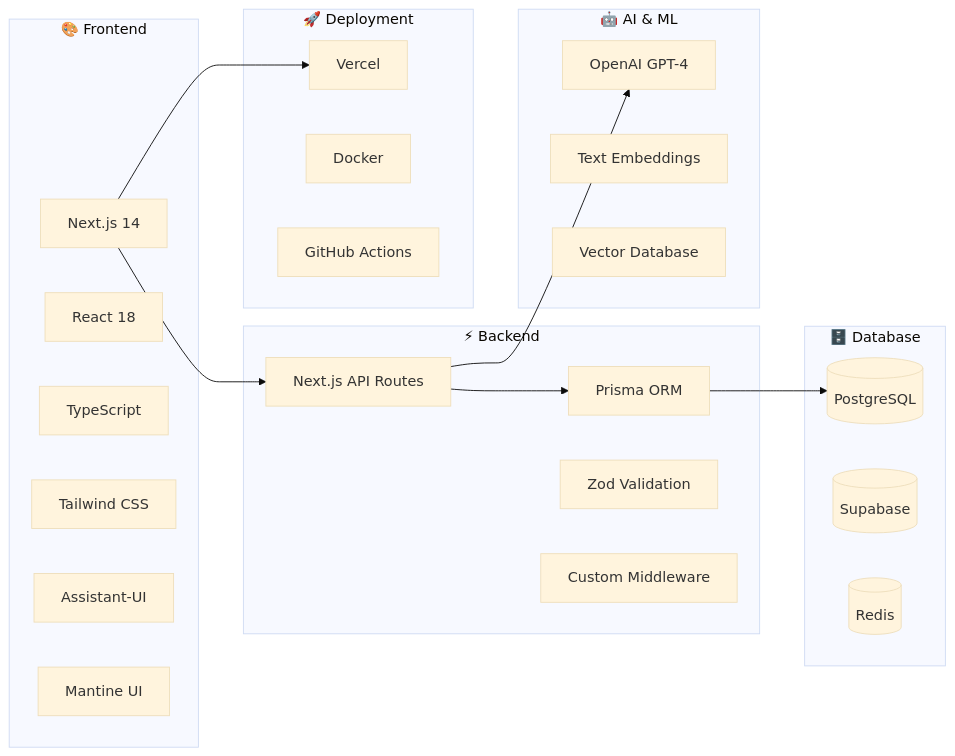
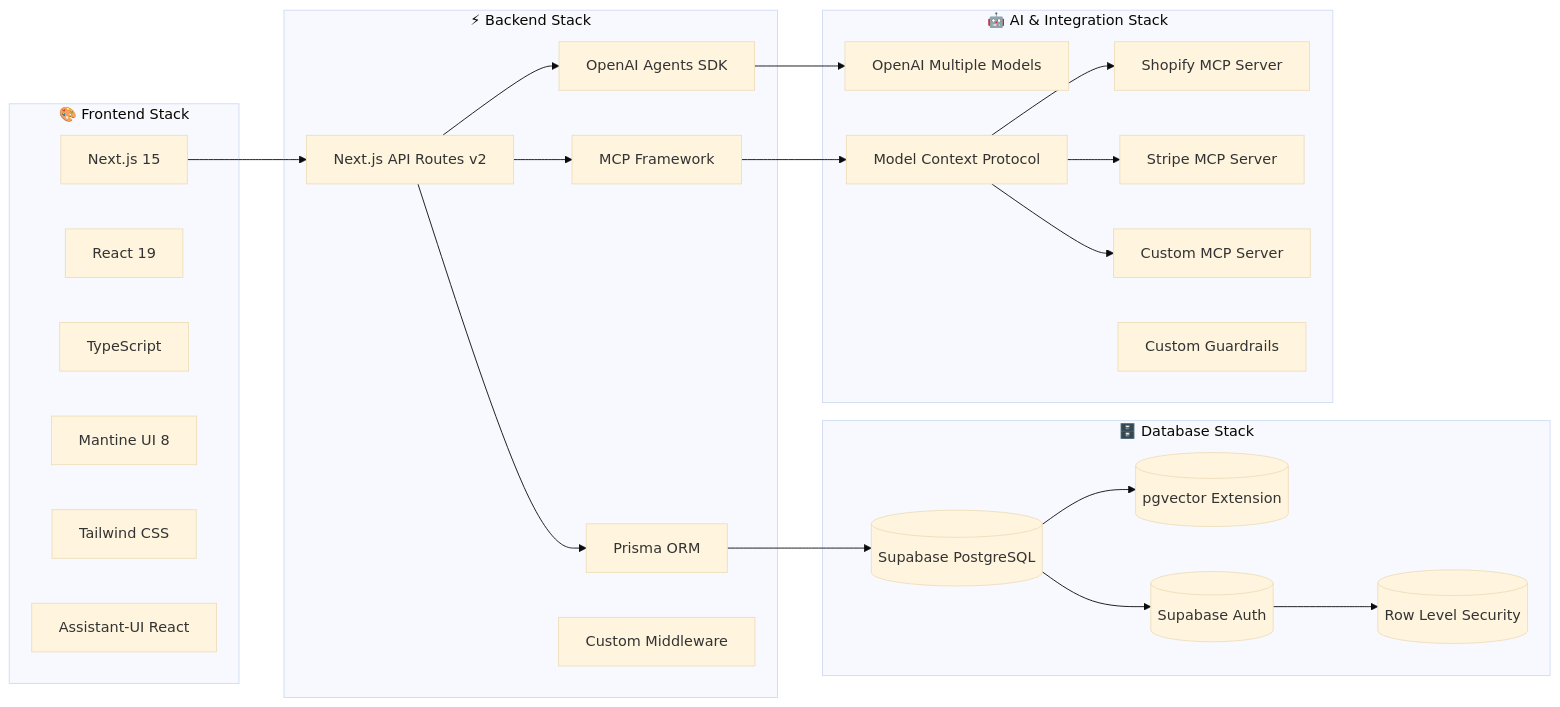
One commit to Parham-dev/ai-agent-cs changed the second of 7 diagrams in docs/ARCHITECTURE.md. Above: the diagram before and after it, drawn with Mermaid (base theme). The commit also changed other lines of this file and 1 other file, not shown here.

````diff
--- a/docs/ARCHITECTURE.md
+++ b/docs/ARCHITECTURE.md
@@ -92,42 +104,49 @@
 ```mermaid
 graph LR
-    subgraph "🎨 Frontend"
-        NextJS[Next.js 14]
-        React[React 18]
+    subgraph "🎨 Frontend Stack"
+        NextJS[Next.js 15]
+        React[React 19]
         TypeScript[TypeScript]
+        Mantine[Mantine UI 8]
         Tailwind[Tailwind CSS]
-        AssistantUI[Assistant-UI]
-        Mantine[Mantine UI]
+        AssistantUI[Assistant-UI React]
     end
 
-    subgraph "⚡ Backend"
-        NextAPI[Next.js API Routes]
+    subgraph "⚡ Backend Stack"
+        NextAPI[Next.js API Routes v2]
+        OpenAIAgents[OpenAI Agents SDK]
+        MCPFramework[MCP Framework]
         Prisma[Prisma ORM]
-        Zod[Zod Validation]
         Middleware[Custom Middleware]
     end
 
-    subgraph "🗄️ Database"
-        PostgreSQL[(PostgreSQL)]
-        Supabase[(Supabase)]
-        Redis[(Redis)]
+    subgraph "🗄️ Database Stack"
+        SupabaseDB[(Supabase PostgreSQL)]
+        Vector[(pgvector Extension)]
+        Auth[(Supabase Auth)]
+        RLS[(Row Level Security)]
     end
 
-    subgraph "🤖 AI & ML"
-        OpenAI[OpenAI GPT-4]
-        Embeddings[Text Embeddings]
-        VectorDB[Vector Database]
-    end
-
-    subgraph "🚀 Deployment"
-        Vercel[Vercel]
-        Docker[Docker]
-        GitHub[GitHub Actions]
+    subgraph "🤖 AI & Integration Stack"
+        OpenAI[OpenAI Multiple Models]
+        MCP[Model Context Protocol]
+        Shopify[Shopify MCP Server]
+        Stripe[Stripe MCP Server]
+        CustomMCP[Custom MCP Server]
+        Guardrails[Custom Guardrails]
     end
 
     NextJS --> NextAPI
+    NextAPI --> OpenAIAgents
+    OpenAIAgents --> OpenAI
+    NextAPI --> MCPFramework
+    MCPFramework --> MCP
+    MCP --> Shopify
+    MCP --> Stripe
+    MCP --> CustomMCP
     NextAPI --> Prisma
-    Prisma --> PostgreSQL
-    NextAPI --> OpenAI
-    NextJS --> Vercel
+    Prisma --> SupabaseDB
+    SupabaseDB --> Vector
+    SupabaseDB --> Auth
+    Auth --> RLS
 ```
````
